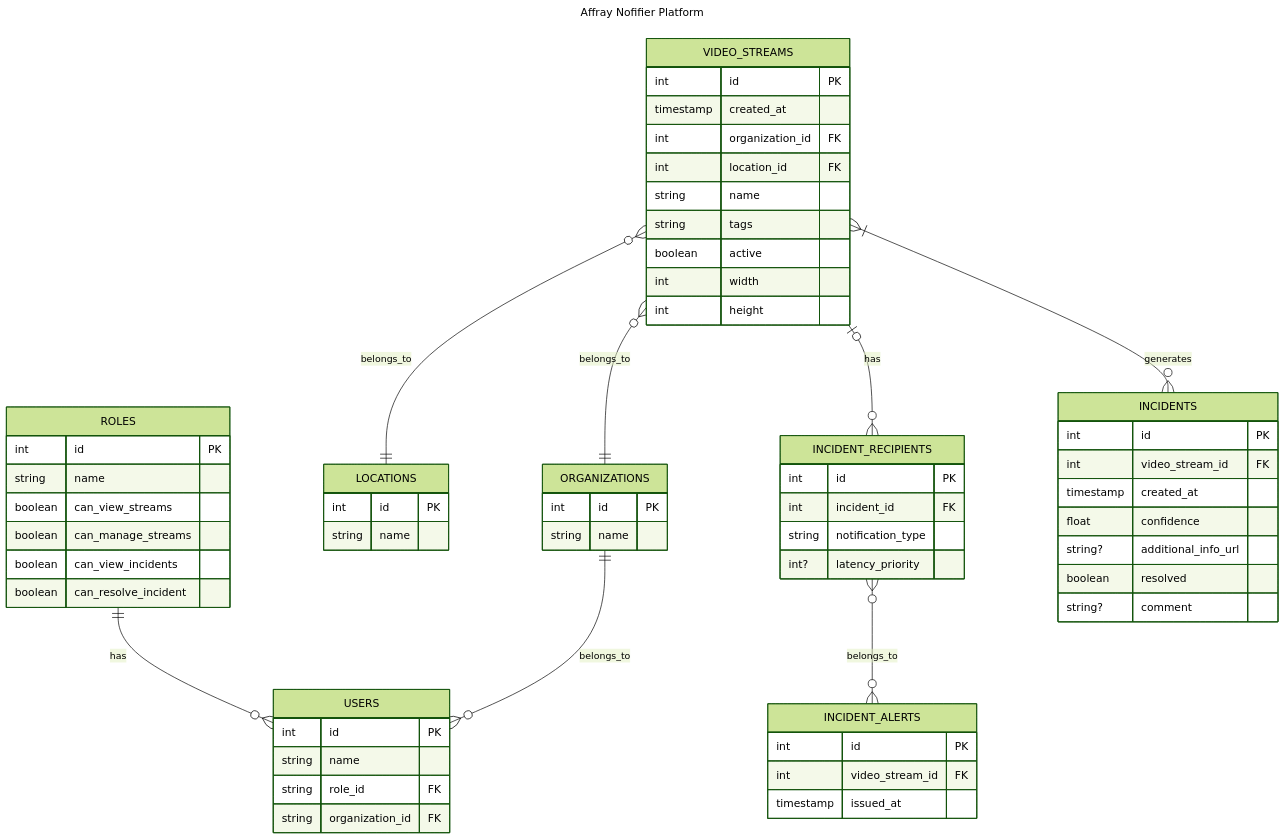
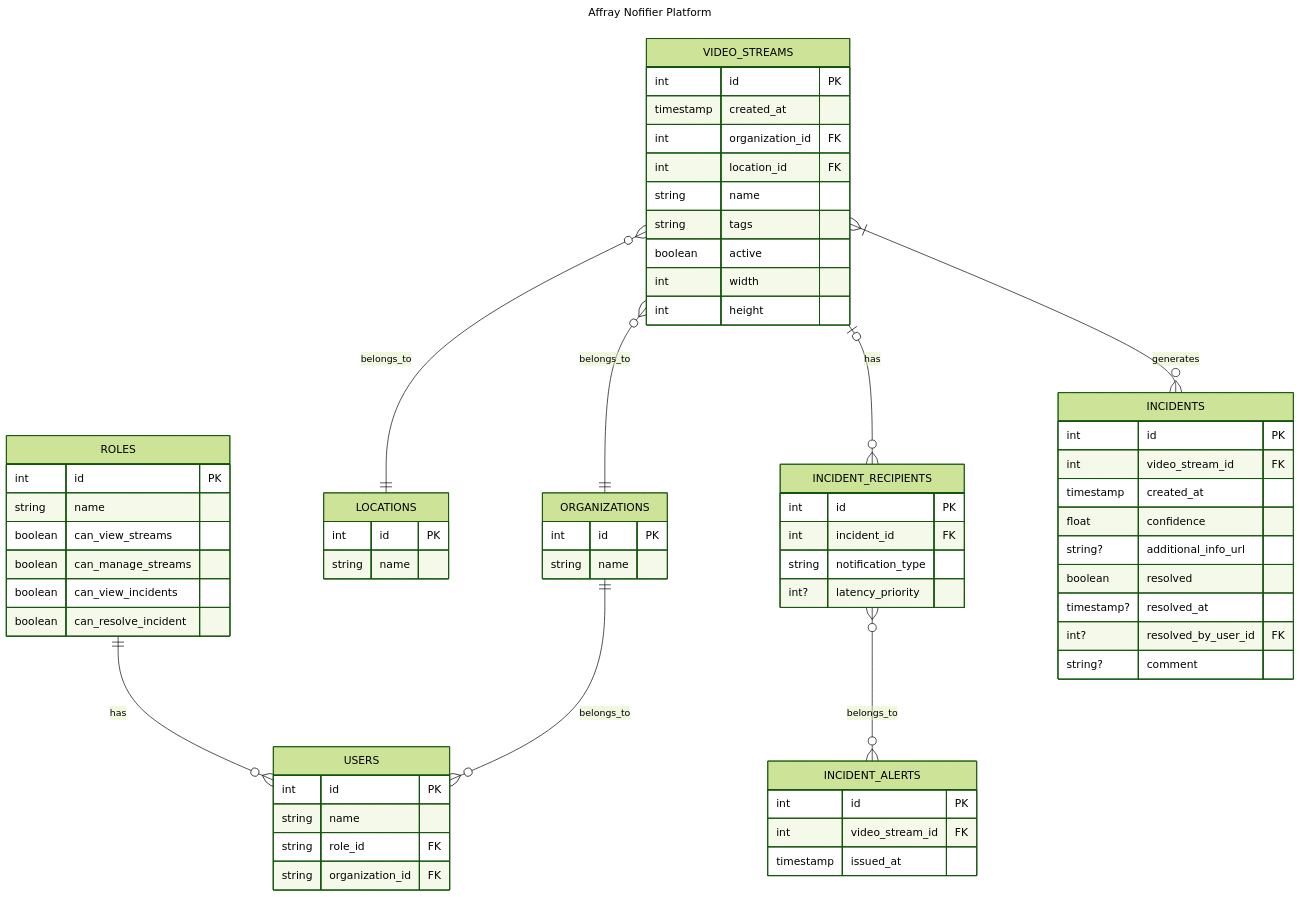
One commit to yeghor/FICE-KPI-Labs changed the diagram in lab-1/er_data_model.mmd. Above: the diagram before and after it, drawn with Mermaid (forest theme). The commit also changed 1 other file, not shown here.

Commit message:
fix(lab-1): adjust spec.md to support described in ER extended incidents resolutions

```diff
--- a/lab-1/er_data_model.mmd
+++ b/lab-1/er_data_model.mmd
@@ -1,80 +1,83 @@
 ---
 title: Affray Nofifier Platform
 ---
 erDiagram
     VIDEO_STREAMS {
         int id PK
         timestamp created_at
         int organization_id FK
         int location_id FK
         
         string name
         string tags
         boolean active
 
         %% are used to compute ration, resolution
         int width
         int height
 
     }
 
     ORGANIZATIONS {
         int id PK
         string name
     }
 
     LOCATIONS {
         int id PK
         string name
     }
 
     USERS {
         int id PK
         string name
         string role_id FK
         string organization_id FK
     }
 
     ROLES {
         int id PK
         string name
 
         boolean can_view_streams  
         boolean can_manage_streams
         boolean can_view_incidents
         boolean can_resolve_incident
     }
 
     INCIDENT_RECIPIENTS {
         int id PK
         int incident_id FK
         string notification_type
         int? latency_priority
     }
 
     INCIDENT_ALERTS {
         int id PK
         int video_stream_id FK
         timestamp issued_at
     }
 
     INCIDENTS {
         int id PK
         int video_stream_id FK
         timestamp created_at
         float confidence
 
         string? additional_info_url
+
         boolean resolved
+        timestamp? resolved_at
+        int? resolved_by_user_id FK
         string? comment
     }
 
     ROLES ||--o{ USERS : has
     ORGANIZATIONS ||--o{ USERS : belongs_to
 
     VIDEO_STREAMS }o--|| LOCATIONS : belongs_to
     VIDEO_STREAMS }o--|| ORGANIZATIONS : belongs_to
     VIDEO_STREAMS }|--o{ INCIDENTS : generates
     VIDEO_STREAMS |o--o{ INCIDENT_RECIPIENTS : has
     
     INCIDENT_RECIPIENTS }o--o{ INCIDENT_ALERTS : belongs_to
```
